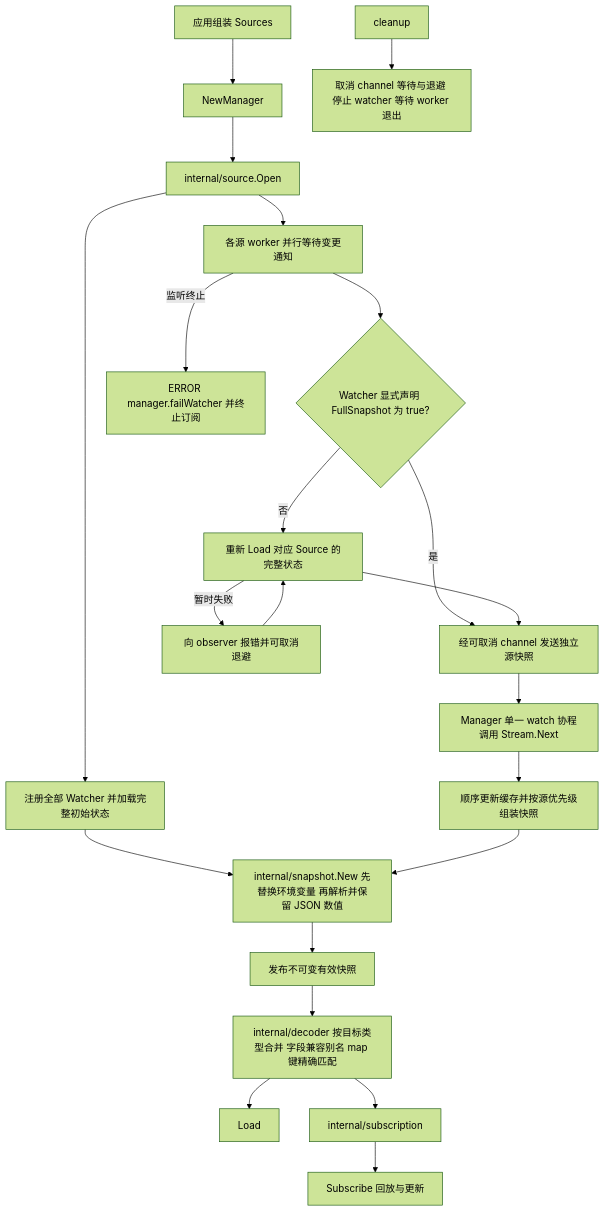
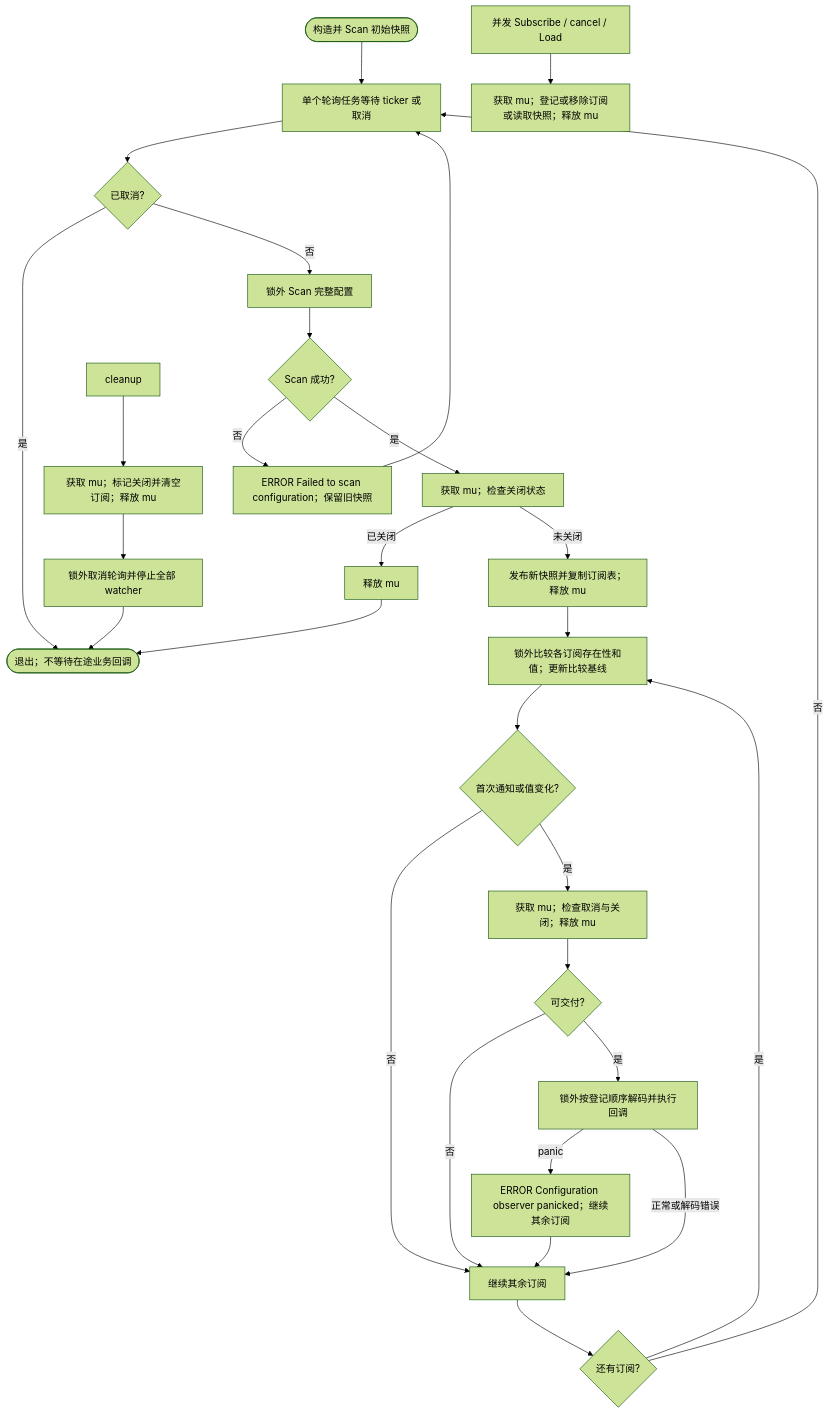
Before and after one commit to jaggerzhuang1994/kratos-foundation: the second of 3 diagrams in pkg/config/README.md, drawn with Mermaid (forest theme). The commit also changed other lines of this file and 290 other files, not shown here.

````diff
--- a/pkg/config/README.md
+++ b/pkg/config/README.md
@@ -71,24 +129,31 @@
 ```mermaid
 flowchart TD
-    A[应用组装 Sources] --> B[NewManager]
-    B --> C[internal/source.Open]
-    C --> D[注册全部 Watcher 并加载完整初始状态]
-    D --> E[internal/snapshot.New 先替换环境变量 再解析并保留 JSON 数值]
-    E --> F[发布不可变有效快照]
-    F --> G[internal/decoder 按目标类型合并 字段兼容别名 map 键精确匹配]
-    G --> H[Load]
-    G --> I[internal/subscription]
-    I --> J[Subscribe 回放与更新]
-    C --> K[各源 worker 并行等待变更通知]
-    K --> V{Watcher 显式声明 FullSnapshot 为 true?}
-    V -- 否 --> L[重新 Load 对应 Source 的完整状态]
-    V -- 是 --> M
-    L --> M[经可取消 channel 发送独立源快照]
-    M --> N[Manager 单一 watch 协程调用 Stream.Next]
-    N --> O[顺序更新缓存并按源优先级组装快照]
-    O --> E
-    L -->|暂时失败| P[向 observer 报错并可取消退避]
-    P --> L
-    K -->|监听终止| Q[ERROR manager.failWatcher 并终止订阅]
-    R[cleanup] --> S[取消 channel 等待与退避 停止 watcher 等待 worker 退出]
+ A([构造并 Scan 初始快照]) --> B[单个轮询任务等待 ticker 或取消]
+ B --> C{已取消?}
+ C -- 是 --> Z([退出；不等待在途业务回调])
+ C -- 否 --> D[锁外 Scan 完整配置]
+ D --> E{Scan 成功?}
+ E -- 否 --> F[ERROR Failed to scan configuration；保留旧快照]
+ F --> B
+ E -- 是 --> G[获取 mu；检查关闭状态]
+ G -- 已关闭 --> G1[释放 mu]
+ G1 --> Z
+ G -- 未关闭 --> H[发布新快照并复制订阅表；释放 mu]
+ H --> I[锁外比较各订阅存在性和值；更新比较基线]
+ I --> J{首次通知或值变化?}
+ J -- 否 --> O
+ J -- 是 --> K[获取 mu；检查取消与关闭；释放 mu]
+ K --> L{可交付?}
+ L -- 否 --> O
+ L -- 是 --> M[锁外按登记顺序解码并执行回调]
+ M -- panic --> N[ERROR Configuration observer panicked；继续其余订阅]
+ M -- 正常或解码错误 --> O[继续其余订阅]
+ N --> O
+ O --> U{还有订阅?}
+ U -- 是 --> I
+ U -- 否 --> B
+ P[并发 Subscribe / cancel / Load] --> Q[获取 mu；登记或移除订阅或读取快照；释放 mu]
+ R[cleanup] --> S[获取 mu；标记关闭并清空订阅；释放 mu]
+ S --> T[锁外取消轮询并停止全部 watcher]
+ T --> Z
 ```
````
